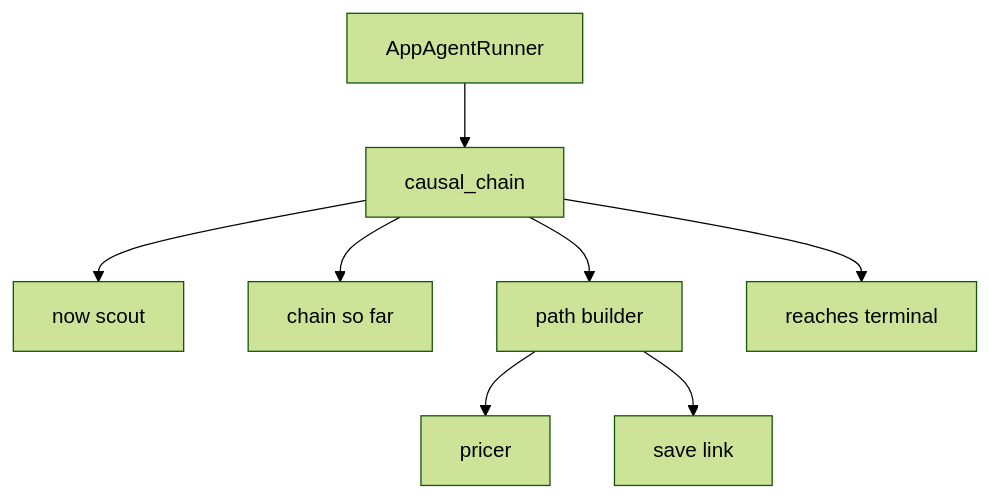
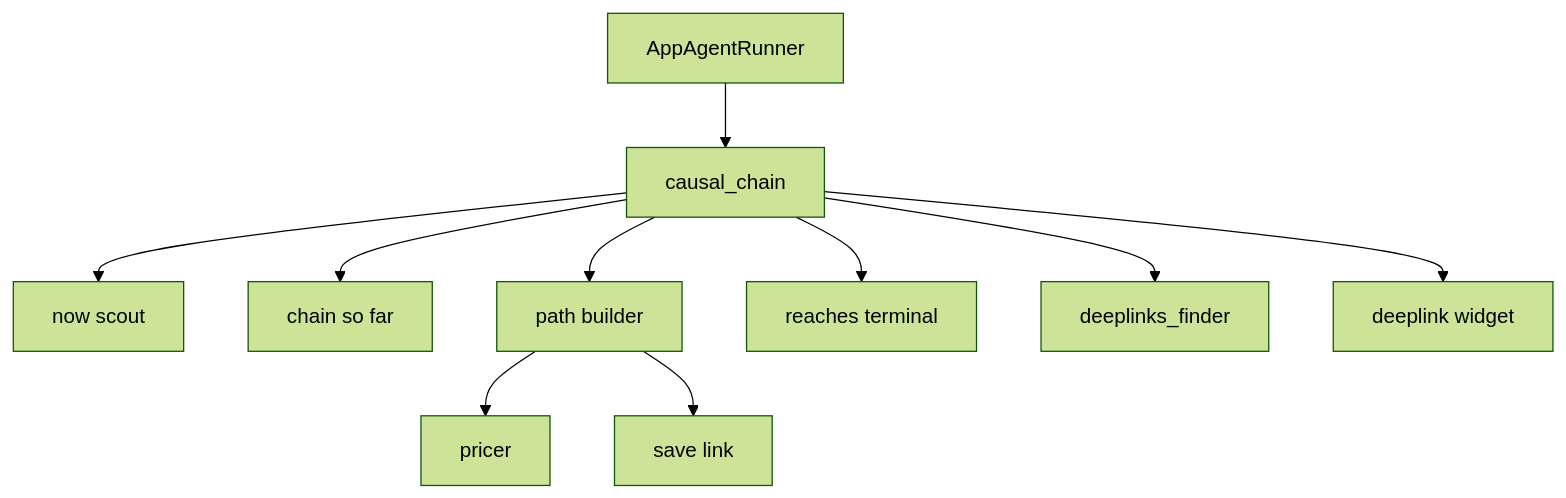
The diagram in take_home/causal_chains/agents/agents/README.md (tcw165/cs_fundation), drawn with Mermaid (forest theme) before and after one commit. The commit also changed other lines of this file and 16 other files, not shown here.

Commit message:
[feat] ask deeplinks_finder for the card

````diff
--- a/take_home/causal_chains/agents/agents/README.md
+++ b/take_home/causal_chains/agents/agents/README.md
@@ -5,18 +5,22 @@
 ```mermaid
 flowchart TD
   runner[AppAgentRunner]
   causal[causal_chain]
   scout[now scout]
   context[chain so far]
   builder[path builder]
   pricerNode[pricer]
   linkTool[save link]
   reaches[reaches terminal]
+  finder[deeplinks_finder]
+  widget[deeplink widget]
   runner --> causal
   causal --> scout
   causal --> context
   causal --> builder
   causal --> reaches
+  causal --> finder
+  causal --> widget
   builder --> pricerNode
   builder --> linkTool
 ```
````
